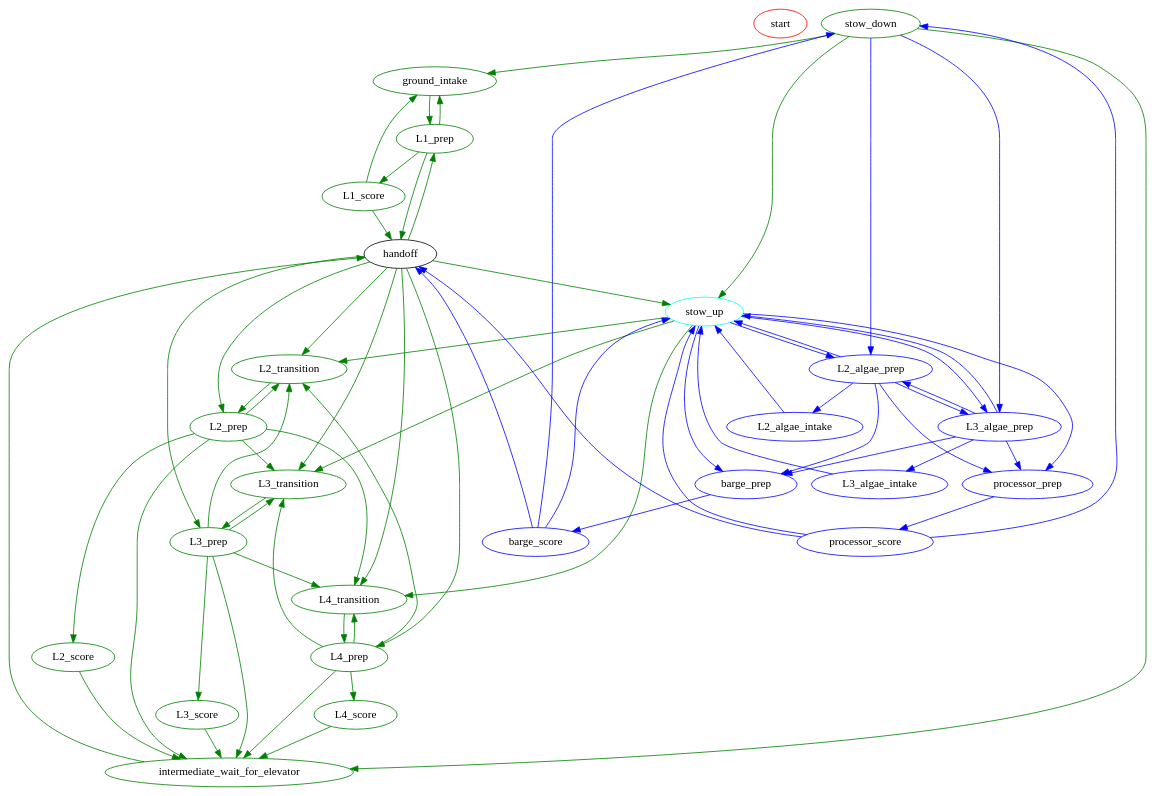
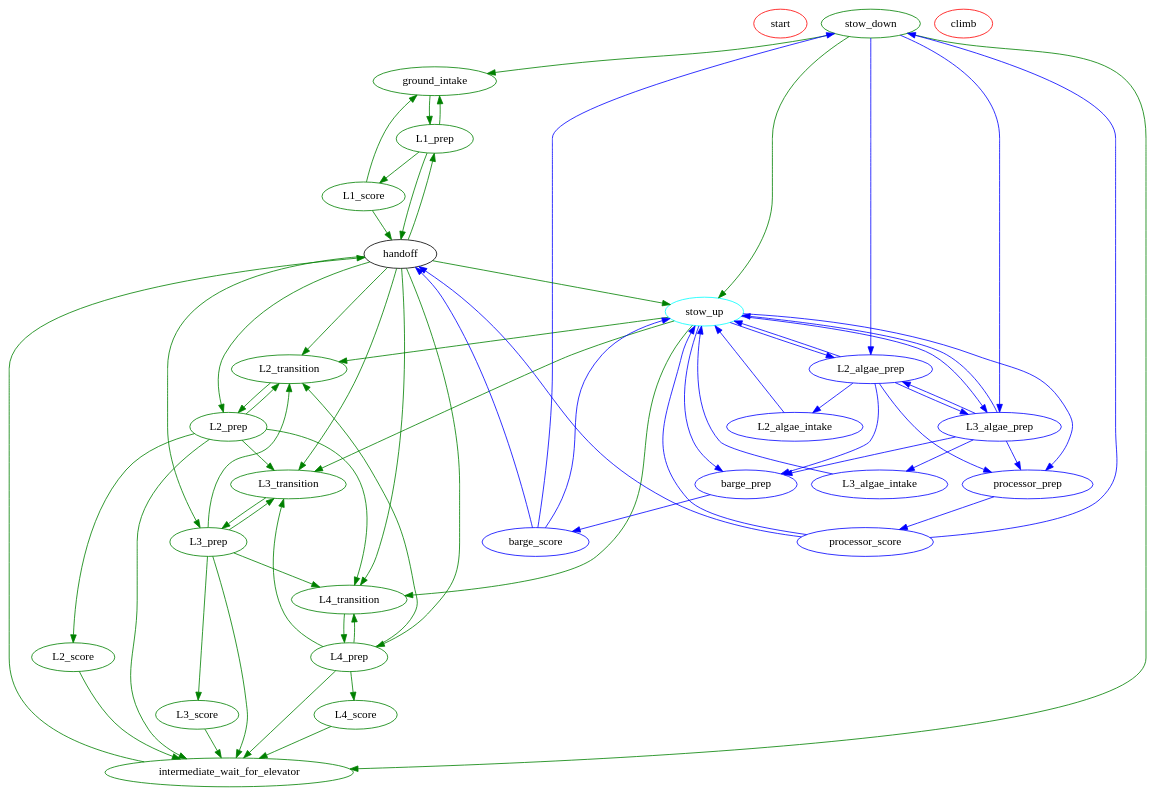
The diagram in src/main/java/frc/robot/subsystems/v3_Epsilon/superstructure/Superstructure.dot (Team-190/2k25-Robot-Code), drawn with Graphviz before and after one commit. The commit also changed 3 other files, not shown here.

```diff
--- a/src/main/java/frc/robot/subsystems/v3_Epsilon/superstructure/Superstructure.dot
+++ b/src/main/java/frc/robot/subsystems/v3_Epsilon/superstructure/Superstructure.dot
@@ -1,141 +1,143 @@
 digraph Superstructure {
   /*
    * Graphviz DOT file for the superstructure state machine.
    * States are represented as nodes, and transitions are represented as edges.
   */
 
   // Node definitions
   start [color = red]
 
   stow_down [color = green]
 
   ground_intake [color = green]
 
   L1_score [color = green]
   L2_score [color = green]
   L3_score [color = green]
   L4_score [color = green]
   
   stow_up [color = cyan]
   
   L2_algae_prep [color = blue]
   L3_algae_prep [color = blue]
   
   L2_algae_intake [color = blue]
   L3_algae_intake [color = blue]
 
   barge_prep [color = blue]
   barge_score [color = blue]
   
   processor_prep [color = blue]
   processor_score [color = blue]
 
   # Prep states
   L1_prep [color = green]
   L2_prep [color = green]
   L3_prep [color = green]
   L4_prep [color = green]
 
   # Transition States
   L2_transition [color = green]
   L3_transition [color = green]
   L4_transition [color = green]
+
+  climb [color = red]
   
   # Transition states are inherently wait_for_elevator states but for different levels
   intermediate_wait_for_elevator [color = green]
   
   # Basic Handoff Edges
   stow_down -> stow_up [color = green]
   handoff -> stow_up [color = green]
   
   stow_up -> L2_transition [color = green]
   stow_up -> L3_transition [color = green]
   stow_up -> L4_transition [color = green]
    
   # Coral Edges
   handoff -> L1_prep [color = green]
   handoff -> L2_transition [color = green]
   handoff -> L3_transition [color = green]
   handoff -> L4_transition [color = green]
   
   handoff -> L2_prep [color = green]
   handoff -> L3_prep [color = green]
   handoff -> L4_prep [color = green]
 
   stow_down -> intermediate_wait_for_elevator [color = green]
   intermediate_wait_for_elevator -> handoff [color = green]
   ground_intake -> L1_prep [color = green]
   stow_down -> ground_intake [color = green]
 
   L1_prep -> ground_intake [color = green]
 
   L1_prep -> L1_score [color = green]
   L2_prep -> L2_score [color = green]
   L3_prep -> L3_score [color = green]
   L4_prep -> L4_score [color = green]
 
   L2_prep -> intermediate_wait_for_elevator [color = green]
   L3_prep -> intermediate_wait_for_elevator [color = green]
   L4_prep -> intermediate_wait_for_elevator [color = green]
   
   L1_score -> ground_intake [color = green]
   L1_prep -> handoff [color = green]
   L1_score -> handoff [color = green]
     
   L2_score -> intermediate_wait_for_elevator [color = green]
   L3_score -> intermediate_wait_for_elevator [color = green]
   L4_score -> intermediate_wait_for_elevator [color = green]
 
   L2_prep -> L3_transition [color = green]
   L2_prep -> L4_transition [color = green]
   L3_prep -> L2_transition [color = green]
   L3_prep -> L4_transition [color = green]
   L4_prep -> L3_transition [color = green]
   L4_prep -> L2_transition [color = green]
 
   L2_transition -> L2_prep [color = green]
   L3_transition -> L3_prep [color = green]
   L4_transition -> L4_prep [color = green]
 
   L2_prep -> L2_transition [color = green]
   L3_prep -> L3_transition [color = green]
   L4_prep -> L4_transition [color = green]
   
   # Algae Edges
   stow_up -> L2_algae_prep [color = blue]
   stow_up -> L3_algae_prep [color = blue]
   stow_up -> barge_prep [color = blue]
   stow_up -> processor_prep [color = blue]
   
   stow_down -> L2_algae_prep [color = blue]
   stow_down -> L3_algae_prep [color = blue]
   
   L2_algae_prep -> barge_prep [color = blue]
   L3_algae_prep -> barge_prep [color = blue]
   
   L2_algae_prep -> processor_prep [color = blue]
   L3_algae_prep -> processor_prep [color = blue]
   
   L2_algae_prep -> stow_up [color = blue]
   L3_algae_prep -> stow_up [color = blue]
   
   L2_algae_prep -> L2_algae_intake [color = blue]
   L3_algae_prep -> L3_algae_intake [color = blue]
   
   L2_algae_intake -> stow_up [color = blue]
   L3_algae_intake -> stow_up [color = blue]
   
   barge_prep -> barge_score [color = blue]
   processor_prep -> processor_score [color = blue]
   
   processor_score -> stow_up [color = blue]
   processor_score -> stow_down [color = blue]
   processor_score -> handoff [color = blue]
   
   barge_score -> stow_up [color = blue]
   barge_score -> stow_down [color = blue]
   barge_score -> handoff [color = blue]
   
   L2_algae_prep -> L3_algae_prep [color = blue]
   L3_algae_prep -> L2_algae_prep [color = blue]
 }
```
